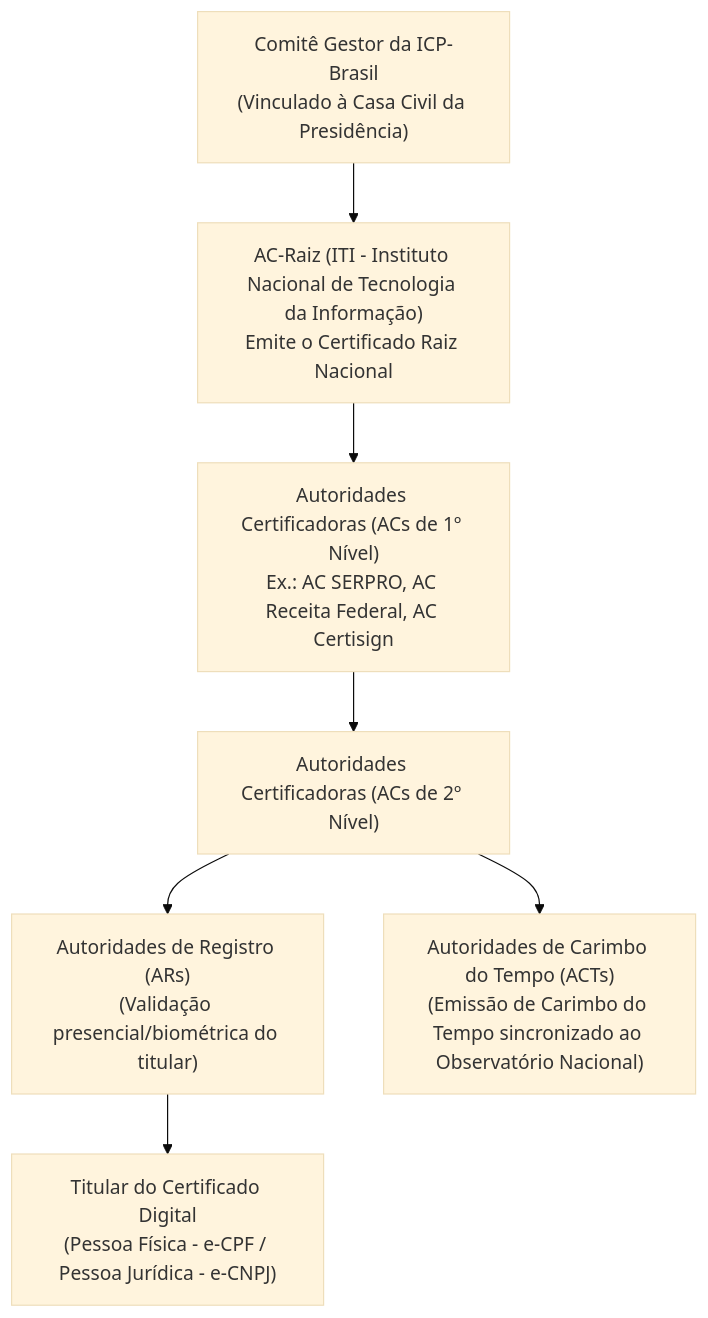
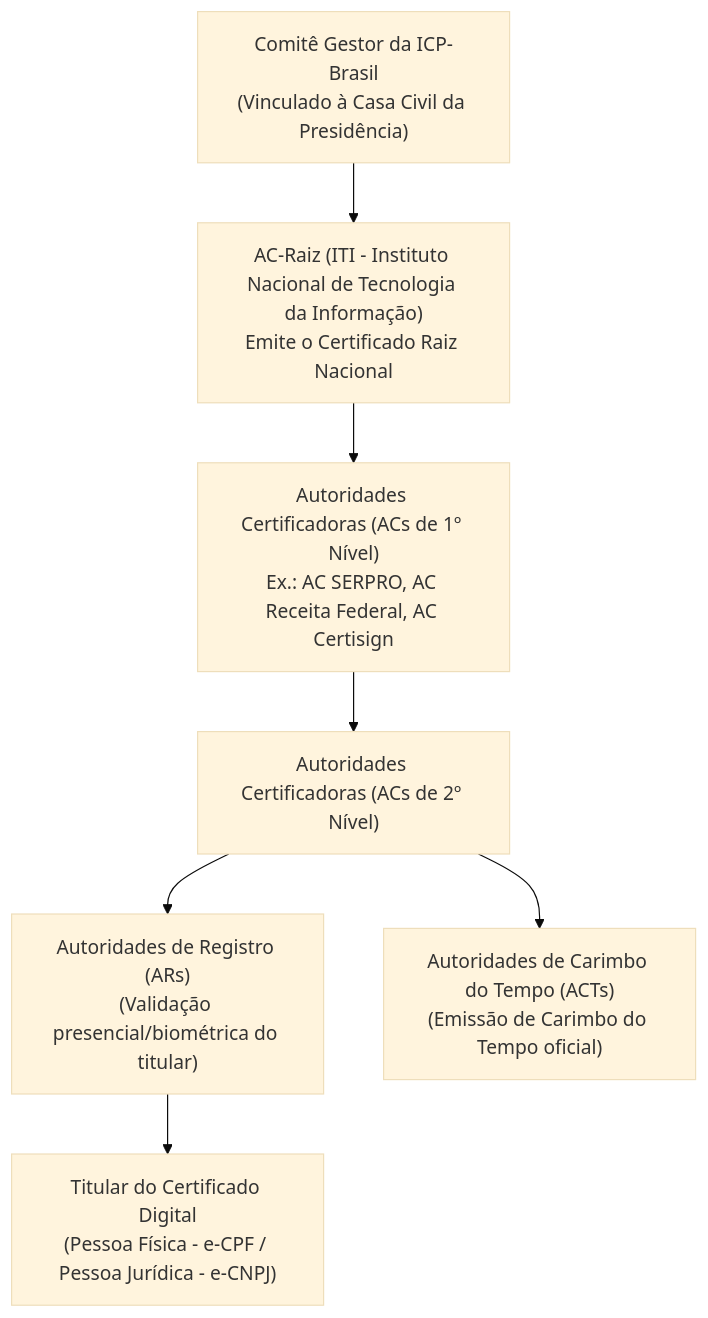
The second of 3 diagrams in fontes_de_estudo/conhecimentos_especificos_b02_ti/13_legislacao_aplicada_a_ti/03_seguranca_em_contratacoes_e_certificacao_digital.md (thiagosantos346/TCE-GO-2027), drawn with Mermaid (base theme) before and after one commit. The commit also changed other lines of this file and 119 other files, not shown here.

````diff
--- a/fontes_de_estudo/conhecimentos_especificos_b02_ti/13_legislacao_aplicada_a_ti/03_seguranca_em_contratacoes_e_certificacao_digital.md
+++ b/fontes_de_estudo/conhecimentos_especificos_b02_ti/13_legislacao_aplicada_a_ti/03_seguranca_em_contratacoes_e_certificacao_digital.md
@@ -109,9 +86,9 @@
 ```mermaid
 flowchart TD
     CG["Comitê Gestor da ICP-Brasil<br/>(Vinculado à Casa Civil da Presidência)"] --> AC_RAIZ["AC-Raiz (ITI - Instituto Nacional de Tecnologia da Informação)<br/>Emite o Certificado Raiz Nacional"]
     AC_RAIZ --> AC1["Autoridades Certificadoras (ACs de 1º Nível)<br/>Ex.: AC SERPRO, AC Receita Federal, AC Certisign"]
     AC1 --> AC2["Autoridades Certificadoras (ACs de 2º Nível)"]
     AC2 --> AR["Autoridades de Registro (ARs)<br/>(Validação presencial/biométrica do titular)"]
-    AC2 --> ACT["Autoridades de Carimbo do Tempo (ACTs)<br/>(Emissão de Carimbo do Tempo sincronizado ao Observatório Nacional)"]
+    AC2 --> ACT["Autoridades de Carimbo do Tempo (ACTs)<br/>(Emissão de Carimbo do Tempo oficial)"]
     AR --> TITULAR["Titular do Certificado Digital<br/>(Pessoa Física - e-CPF / Pessoa Jurídica - e-CNPJ)"]
 ```
````
